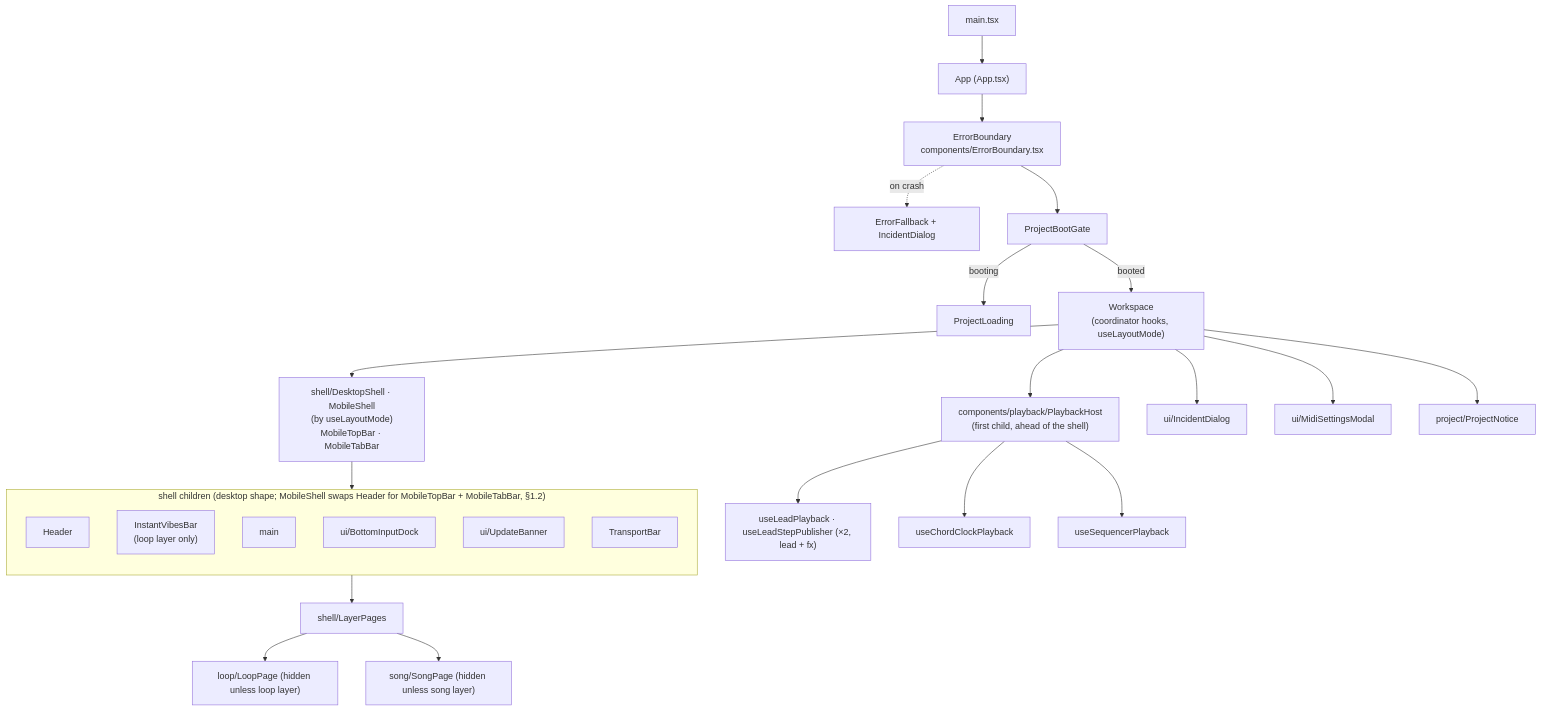
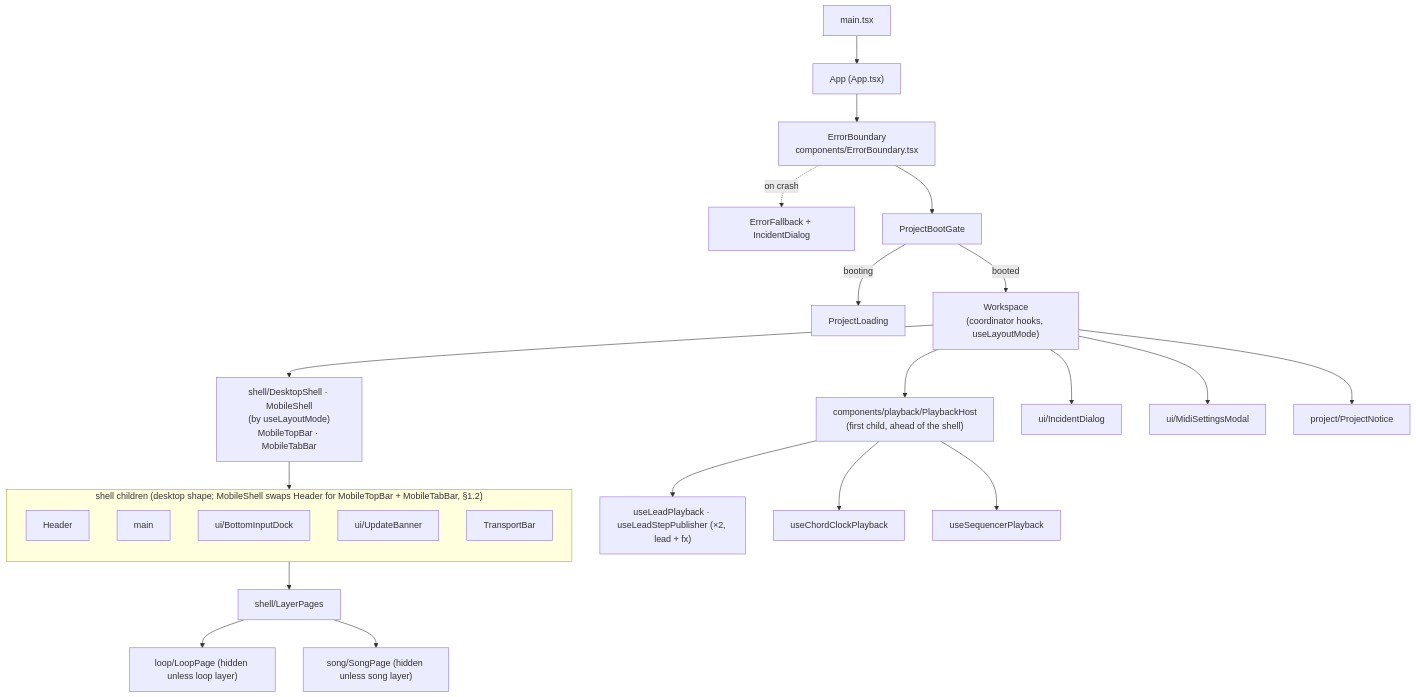
One commit to themiddnight/solna changed the first of 5 diagrams in docs/architecture/structure/01-ui.md. Above: the diagram before and after it, drawn with Mermaid. The commit also changed other lines of this file and 4 other files, not shown here.

Commit message:
docs: sync architecture notes for the vibe picker

````diff
--- a/docs/architecture/structure/01-ui.md
+++ b/docs/architecture/structure/01-ui.md
@@ -58,30 +56,29 @@
 ```mermaid
 flowchart TB
   main["main.tsx"] --> App["App (App.tsx)"]
   App --> EB["ErrorBoundary<br/>components/ErrorBoundary.tsx"]
   EB -. on crash .-> EF["ErrorFallback + IncidentDialog"]
   EB --> Gate["ProjectBootGate"]
   Gate -- booting --> PL["ProjectLoading"]
   Gate -- booted --> WS["Workspace<br/>(coordinator hooks, useLayoutMode)"]
   WS --> PB["components/playback/PlaybackHost<br/>(first child, ahead of the shell)"]
   PB --> LHook["useLeadPlayback · useLeadStepPublisher (×2, lead + fx)"]
   PB --> CHook["useChordClockPlayback"]
   PB --> SHook["useSequencerPlayback"]
   WS --> Shell["shell/DesktopShell · MobileShell<br/>(by useLayoutMode)<br/>MobileTopBar · MobileTabBar"]
   subgraph shell["shell children (desktop shape; MobileShell swaps Header for MobileTopBar + MobileTabBar, §1.2)"]
     direction TB
     H["Header"]
-    V["InstantVibesBar<br/>(loop layer only)"]
     M["main"]
     D["ui/BottomInputDock"]
     U["ui/UpdateBanner"]
     T["TransportBar"]
   end
   Shell --> shell
   WS --> I["ui/IncidentDialog"]
   WS --> MI["ui/MidiSettingsModal"]
   WS --> PN["project/ProjectNotice"]
   M --> LP["shell/LayerPages"]
   LP --> LPage["loop/LoopPage (hidden unless loop layer)"]
   LP --> SP["song/SongPage (hidden unless song layer)"]
 ```
````
